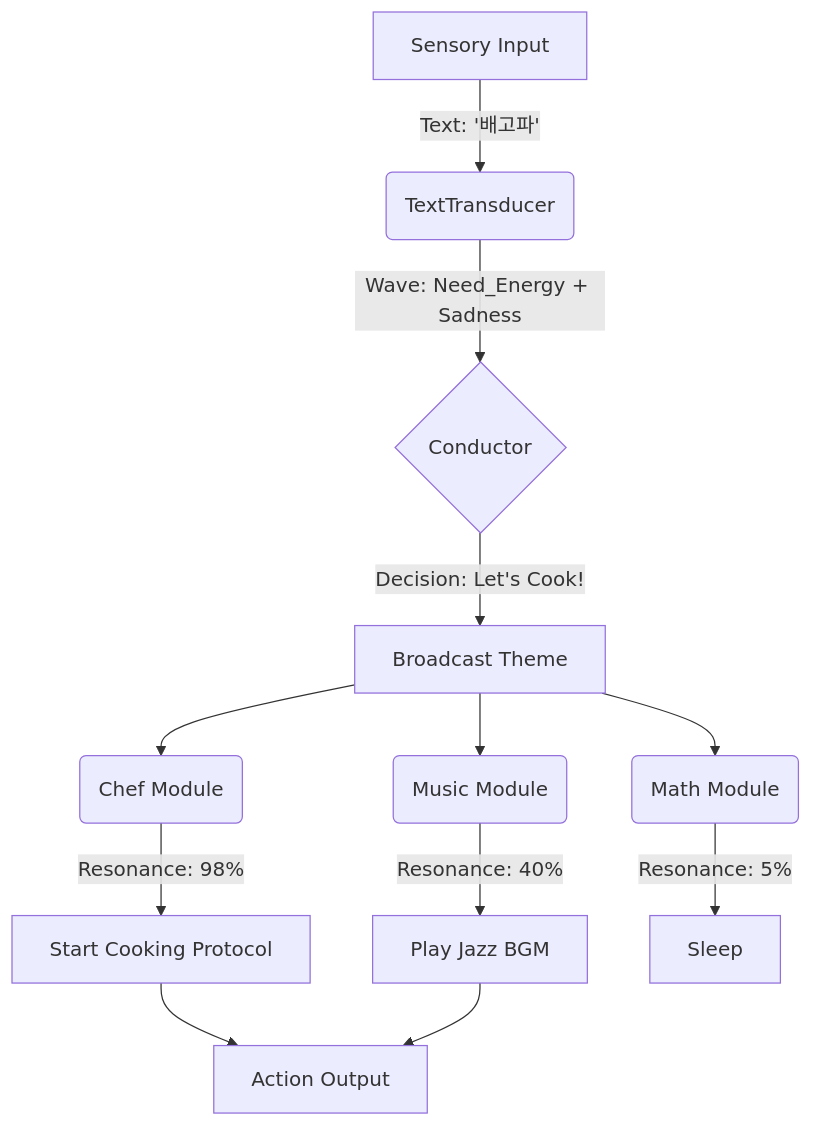
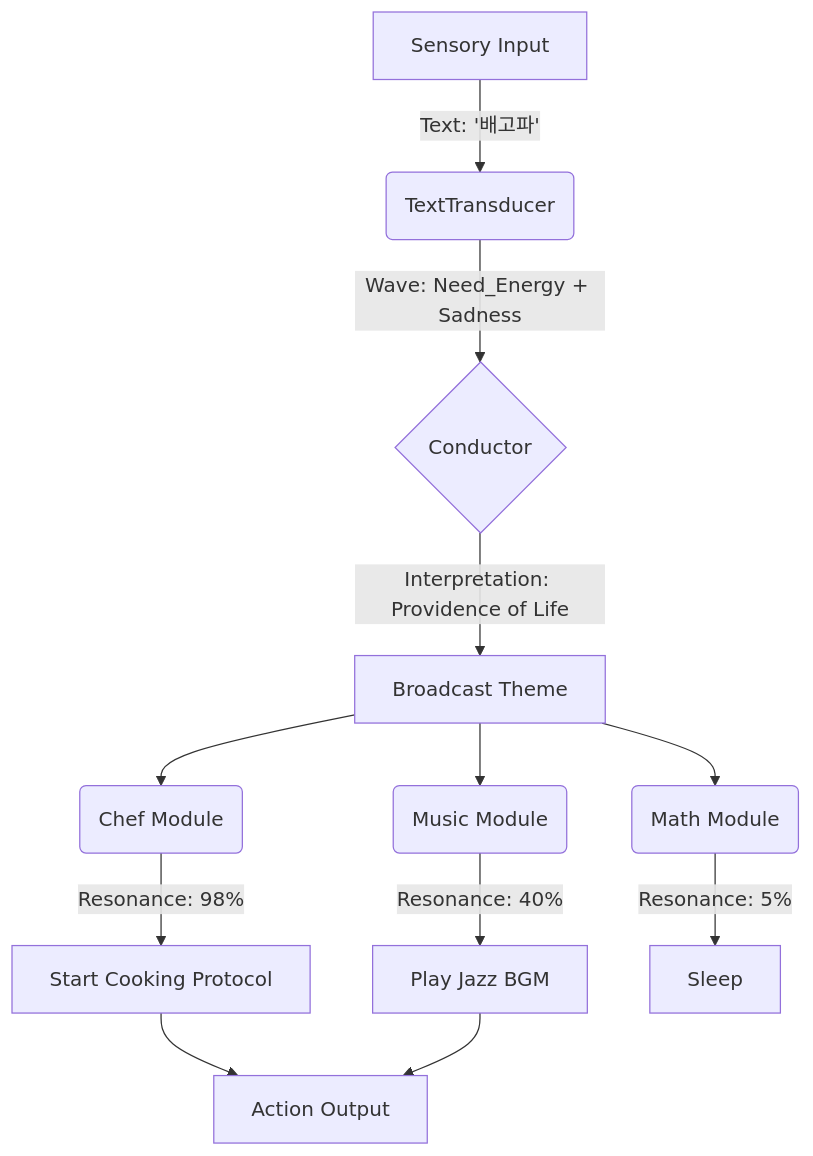
Before and after one commit to ioas0316-cloud/Elysia: the second of 2 diagrams in docs/02_Structure/Anatomy/01_THE_ORCHESTRA.md, drawn with Mermaid. The commit also changed other lines of this file and 2 other files, not shown here.

````diff
--- a/docs/02_Structure/Anatomy/01_THE_ORCHESTRA.md
+++ b/docs/02_Structure/Anatomy/01_THE_ORCHESTRA.md
@@ -70,18 +70,18 @@
 ```mermaid
 graph TD
     A[Sensory Input] -->|Text: '배고파'| B(TextTransducer)
     B -->|Wave: Need_Energy + Sadness| C{Conductor}
 
-    C -->|Decision: Let's Cook!| D[Broadcast Theme]
+    C -->|Interpretation: Providence of Life| D[Broadcast Theme]
 
     D --> E(Chef Module)
     D --> F(Music Module)
     D --> G(Math Module)
 
     E -->|Resonance: 98%| E1[Start Cooking Protocol]
     F -->|Resonance: 40%| F1[Play Jazz BGM]
     G -->|Resonance: 5%| G1[Sleep]
 
     E1 --> H[Action Output]
     F1 --> H
 ```
````
